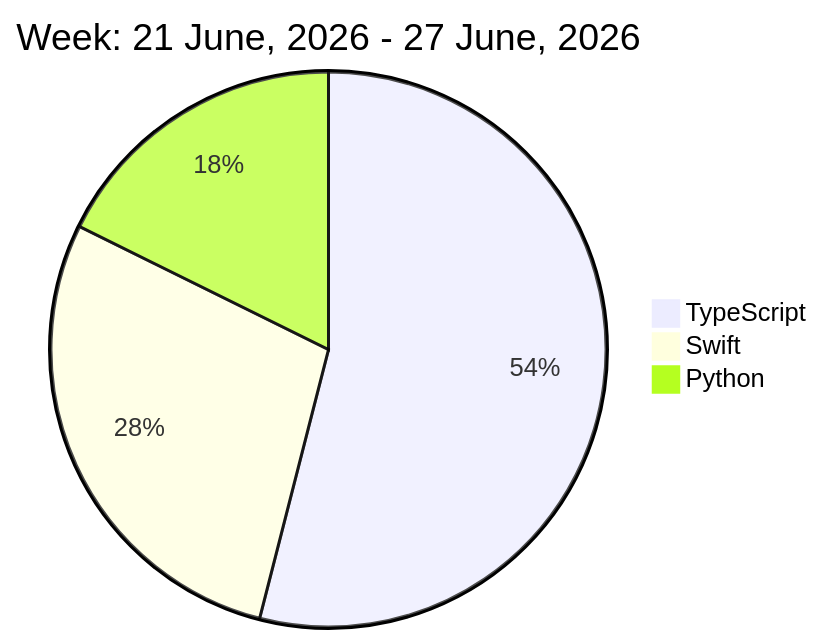
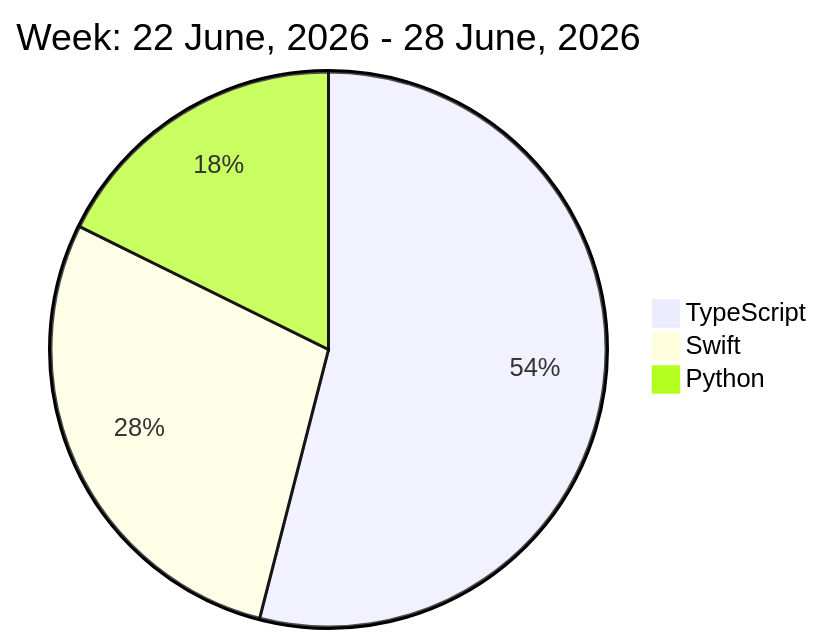
Before and after one commit to liubin95/liubin95: the diagram in README.md, drawn with Mermaid.

Commit message:
Updated the Graph with new Metrics

````diff
--- a/README.md
+++ b/README.md
@@ -32,7 +32,7 @@
 ```mermaid
  pie
-title Week: 21 June, 2026 - 27 June, 2026
+title Week: 22 June, 2026 - 28 June, 2026
  "TypeScript" : 9.67
  "Swift" : 5.07
  "Python" : 3.17
 ```
````
